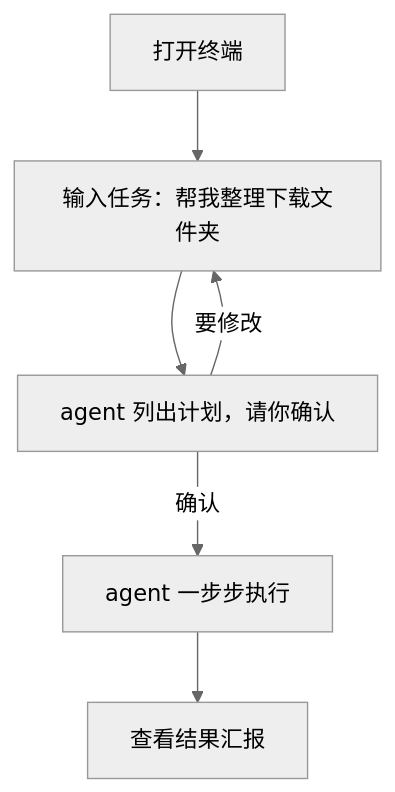
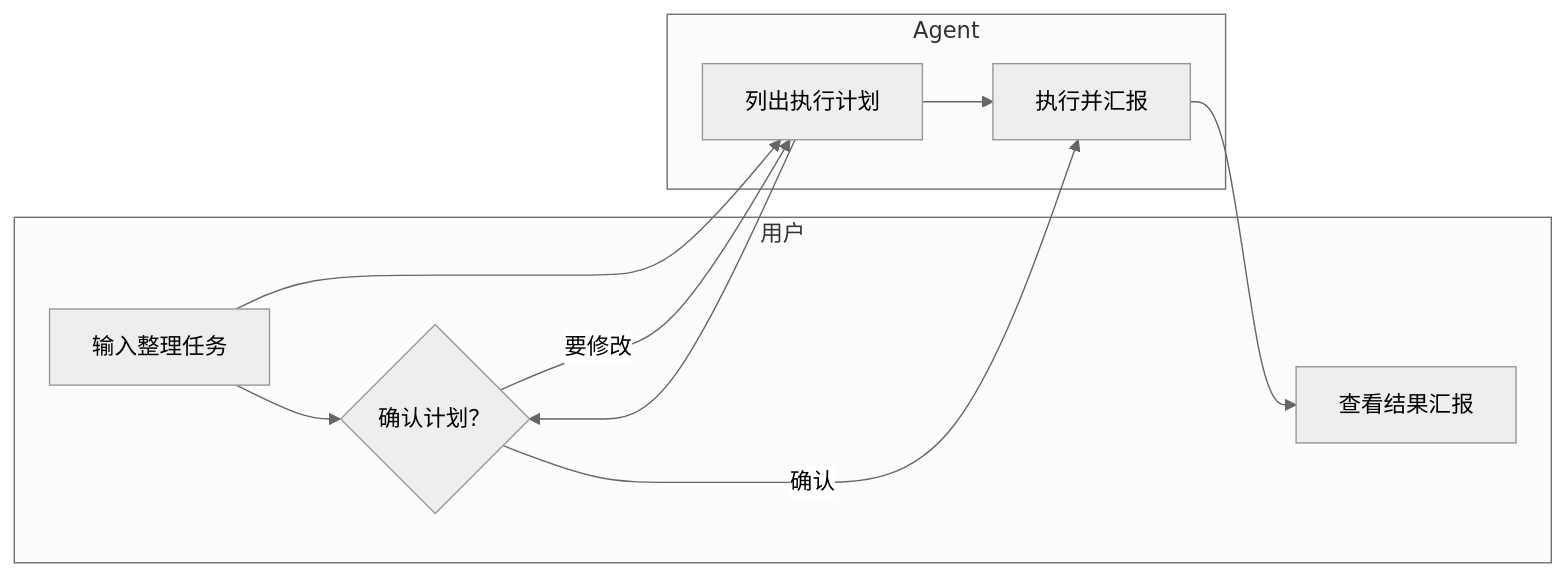
The first of 2 diagrams in tests/fixtures/content/projects/example-agent-demo/02-flows.md (lhj37425-cloud/zixun), drawn with Mermaid (neutral theme) before and after one commit. The commit also changed other lines of this file and 22 other files, not shown here.

First line of the commit message:
B-3.6 流程图改成画板样式

````diff
--- a/tests/fixtures/content/projects/example-agent-demo/02-flows.md
+++ b/tests/fixtures/content/projects/example-agent-demo/02-flows.md
@@ -7,8 +7,13 @@
 ```mermaid
-flowchart TD
-    A[打开终端] --> B[输入任务：帮我整理下载文件夹]
-    B --> C[agent 列出计划，请你确认]
-    C -->|确认| D[agent 一步步执行]
-    C -->|要修改| B
-    D --> E[查看结果汇报]
+flowchart LR
+    subgraph U["用户"]
+        A[输入整理任务] --> B{确认计划？}
+        D[查看结果汇报]
+    end
+    subgraph S["Agent"]
+        C[列出执行计划] --> E[执行并汇报]
+    end
+    A --> C --> B
+    B -->|确认| E --> D
+    B -->|要修改| C
 ```
````
